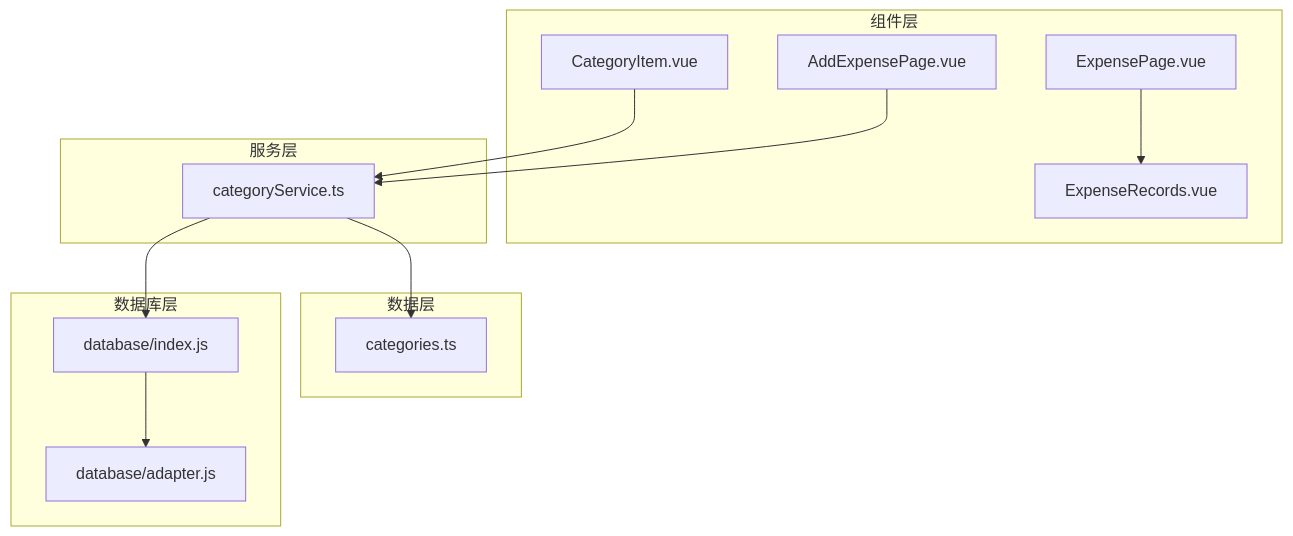
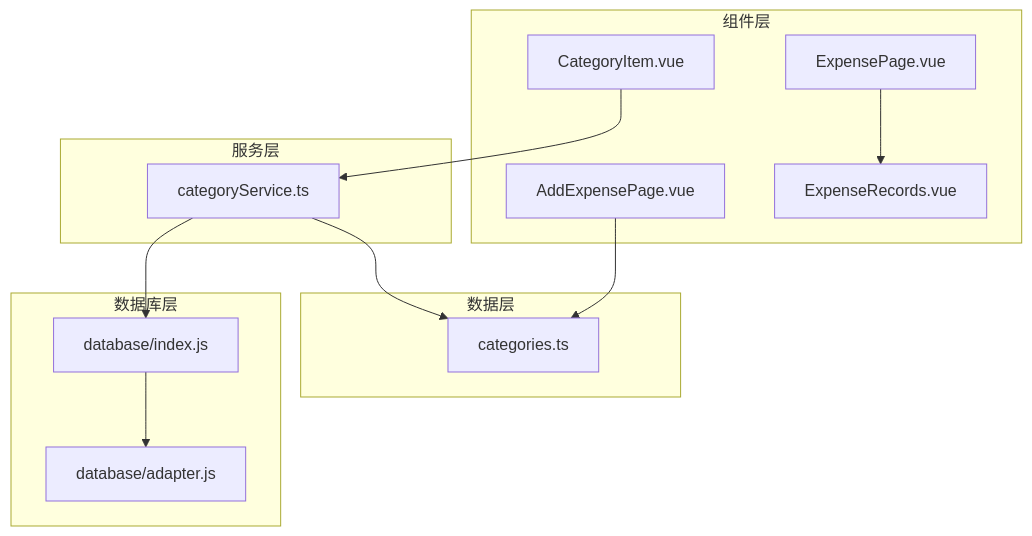
One commit to xiao-lin-unit/yuan changed the first of 7 diagrams in .qoder/repowiki/zh/content/支出管理/分类管理.md. Above: the diagram before and after it, drawn with Mermaid. The commit also changed other lines of this file and 16 other files, not shown here.

````diff
--- a/.qoder/repowiki/zh/content/支出管理/分类管理.md
+++ b/.qoder/repowiki/zh/content/支出管理/分类管理.md
@@ -48,25 +55,25 @@
 ```mermaid
 graph TB
 subgraph "组件层"
 CI["CategoryItem.vue"]
 AEP["AddExpensePage.vue"]
 EP["ExpensePage.vue"]
 ER["ExpenseRecords.vue"]
 end
 subgraph "服务层"
 CS["categoryService.ts"]
 end
 subgraph "数据层"
 CAT["categories.ts"]
 end
 subgraph "数据库层"
 DBM["database/index.js"]
 ADA["database/adapter.js"]
 end
 CI --> CS
-AEP --> CS
+AEP --> CAT
 EP --> ER
 CS --> DBM
 CS --> CAT
 DBM --> ADA
 ```
````
